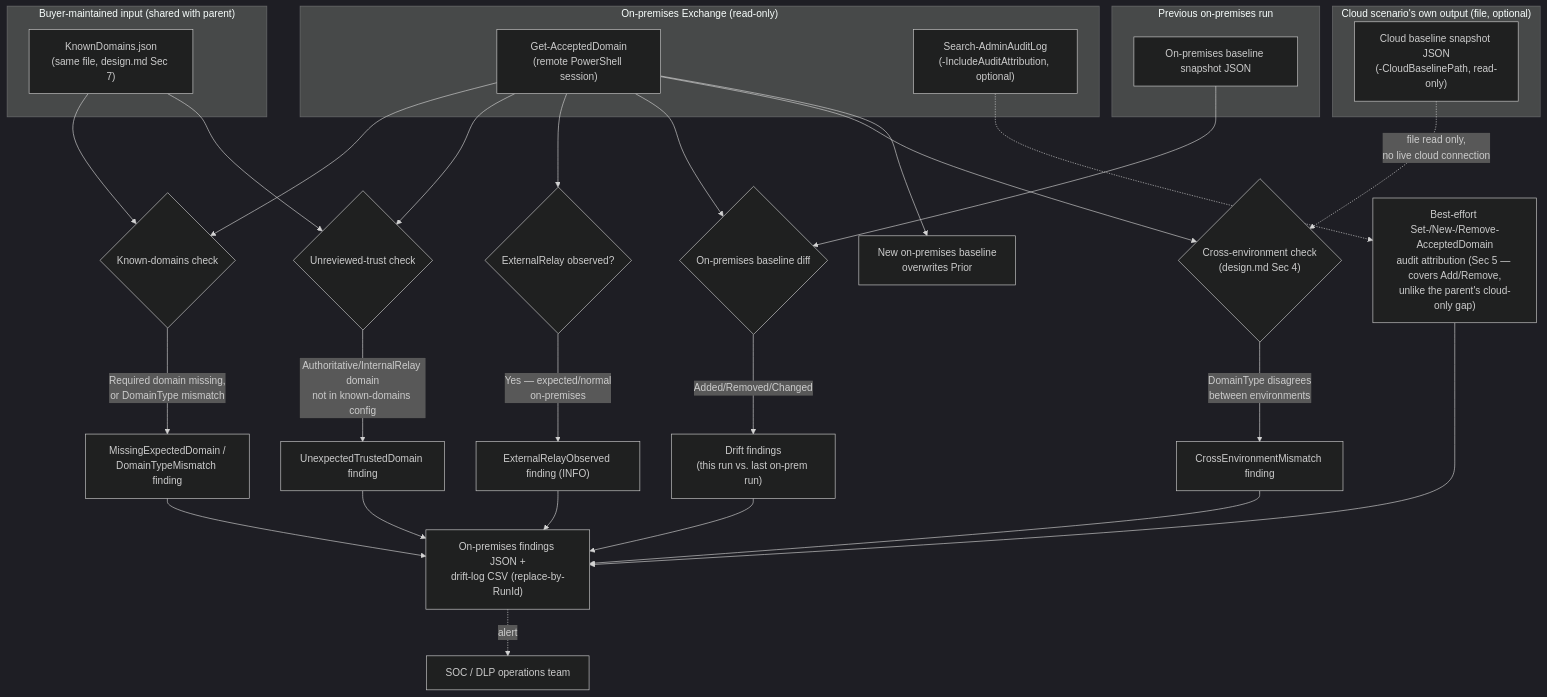
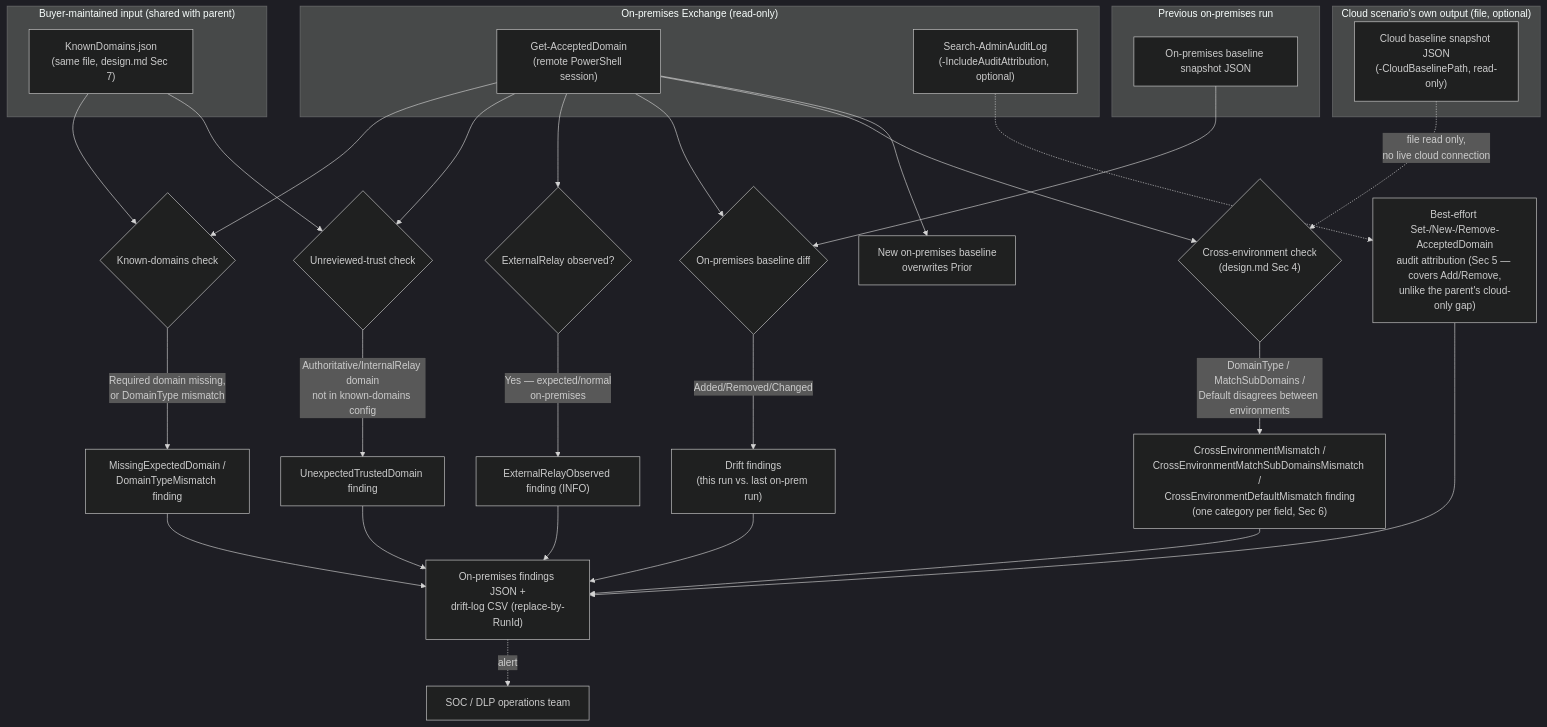
The diagram in scenarios/dlp/accepted-domains-hygiene-check-on-premises/README.md (kpsec1/purview-scenario-library), drawn with Mermaid (dark theme) before and after one commit. The commit also changed other lines of this file and 5 other files, not shown here.

First line of the commit message:
feat(dlp): extend cross-environment reconciliation to MatchSubDomains/Default

````diff
--- a/scenarios/dlp/accepted-domains-hygiene-check-on-premises/README.md
+++ b/scenarios/dlp/accepted-domains-hygiene-check-on-premises/README.md
@@ -58,41 +58,41 @@
 ```mermaid
 flowchart TD
     subgraph OnPrem["On-premises Exchange (read-only)"]
         AD["Get-AcceptedDomain<br/>(remote PowerShell session)"]
         AAL["Search-AdminAuditLog<br/>(-IncludeAuditAttribution, optional)"]
     end
     subgraph Config["Buyer-maintained input (shared with parent)"]
         KD["KnownDomains.json<br/>(same file, design.md Sec 7)"]
     end
     subgraph Prior["Previous on-premises run"]
         BL["On-premises baseline snapshot JSON"]
     end
     subgraph CloudFile["Cloud scenario's own output (file, optional)"]
         CBL["Cloud baseline snapshot JSON<br/>(-CloudBaselinePath, read-only)"]
     end
 
     AD --> C1{"Known-domains check"}
     KD --> C1
     C1 -- "Required domain missing,<br/>or DomainType mismatch" --> F1["MissingExpectedDomain /<br/>DomainTypeMismatch finding"]
 
     AD --> C2{"Unreviewed-trust check"}
     KD --> C2
     C2 -- "Authoritative/InternalRelay domain<br/>not in known-domains config" --> F2[UnexpectedTrustedDomain finding]
 
     AD --> C3{ExternalRelay observed?}
     C3 -- "Yes — expected/normal<br/>on-premises" --> F3["ExternalRelayObserved finding (INFO)"]
 
     AD --> C4{"On-premises baseline diff"}
     BL --> C4
     C4 -- Added/Removed/Changed --> F4["Drift findings<br/>(this run vs. last on-prem run)"]
 
     AD --> C5{"Cross-environment check<br/>(design.md Sec 4)"}
     CBL -. "file read only,<br/>no live cloud connection" .-> C5
-    C5 -- "DomainType disagrees<br/>between environments" --> F5["CrossEnvironmentMismatch finding"]
+    C5 -- "DomainType / MatchSubDomains /<br/>Default disagrees between environments" --> F5["CrossEnvironmentMismatch /<br/>CrossEnvironmentMatchSubDomainsMismatch /<br/>CrossEnvironmentDefaultMismatch finding<br/>(one category per field, Sec 6)"]
 
     AAL -.-> F6["Best-effort Set-/New-/Remove-AcceptedDomain<br/>audit attribution (Sec 5 — covers Add/Remove,<br/>unlike the parent's cloud-only gap)"]
 
     F1 & F2 & F3 & F4 & F5 & F6 --> R["On-premises findings JSON +<br/>drift-log CSV (replace-by-RunId)"]
     AD --> BLNEW["New on-premises baseline<br/>overwrites Prior"]
     R -.alert.-> SOC["SOC / DLP operations team"]
 ```
````
